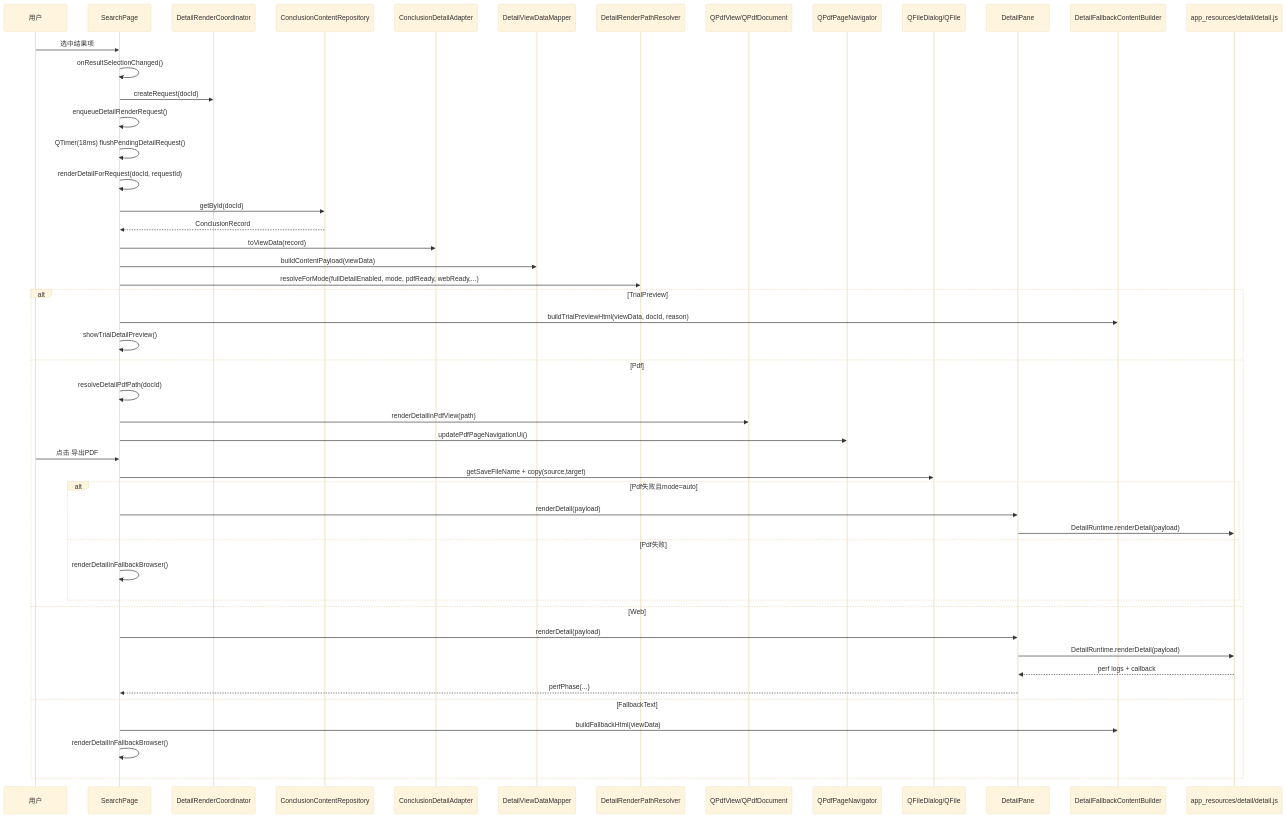
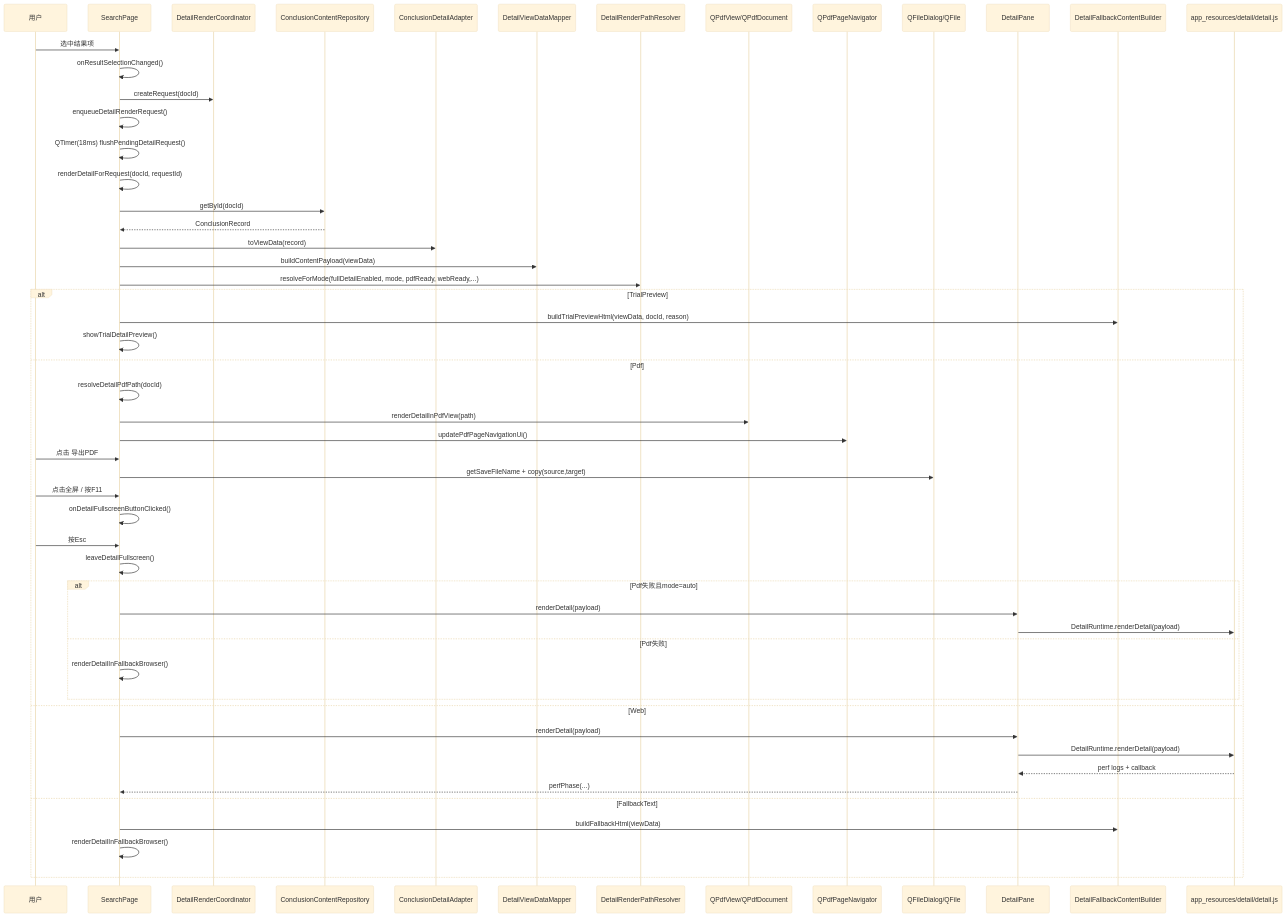
Before and after one commit to yfchenggithub/math_search_win: the fourth of 9 diagrams in docs/runtime_flow.md, drawn with Mermaid (base theme). The commit also changed other lines of this file and 6 other files, not shown here.

````diff
--- a/docs/runtime_flow.md
+++ b/docs/runtime_flow.md
@@ -129,52 +130,56 @@
 ```mermaid
 sequenceDiagram
   participant U as 用户
   participant SP as SearchPage
   participant DRC as DetailRenderCoordinator
   participant CR as ConclusionContentRepository
   participant DA as ConclusionDetailAdapter
   participant M as DetailViewDataMapper
   participant DRP as DetailRenderPathResolver
   participant PDF as QPdfView/QPdfDocument
   participant NAV as QPdfPageNavigator
   participant FS as QFileDialog/QFile
   participant DP as DetailPane
   participant FB as DetailFallbackContentBuilder
   participant JS as app_resources/detail/detail.js
 
   U->>SP: 选中结果项
   SP->>SP: onResultSelectionChanged()
   SP->>DRC: createRequest(docId)
   SP->>SP: enqueueDetailRenderRequest()
   SP->>SP: QTimer(18ms) flushPendingDetailRequest()
   SP->>SP: renderDetailForRequest(docId, requestId)
   SP->>CR: getById(docId)
   CR-->>SP: ConclusionRecord
   SP->>DA: toViewData(record)
   SP->>M: buildContentPayload(viewData)
   SP->>DRP: resolveForMode(fullDetailEnabled, mode, pdfReady, webReady,...)
   alt TrialPreview
     SP->>FB: buildTrialPreviewHtml(viewData, docId, reason)
     SP->>SP: showTrialDetailPreview()
   else Pdf
     SP->>SP: resolveDetailPdfPath(docId)
     SP->>PDF: renderDetailInPdfView(path)
     SP->>NAV: updatePdfPageNavigationUi()
     U->>SP: 点击 导出PDF
     SP->>FS: getSaveFileName + copy(source,target)
+    U->>SP: 点击全屏 / 按F11
+    SP->>SP: onDetailFullscreenButtonClicked()
+    U->>SP: 按Esc
+    SP->>SP: leaveDetailFullscreen()
     alt Pdf失败且mode=auto
       SP->>DP: renderDetail(payload)
       DP->>JS: DetailRuntime.renderDetail(payload)
     else Pdf失败
       SP->>SP: renderDetailInFallbackBrowser()
     end
   else Web
     SP->>DP: renderDetail(payload)
     DP->>JS: DetailRuntime.renderDetail(payload)
     JS-->>DP: perf logs + callback
     DP-->>SP: perfPhase(...)
   else FallbackText
     SP->>FB: buildFallbackHtml(viewData)
     SP->>SP: renderDetailInFallbackBrowser()
   end
 ```
````
